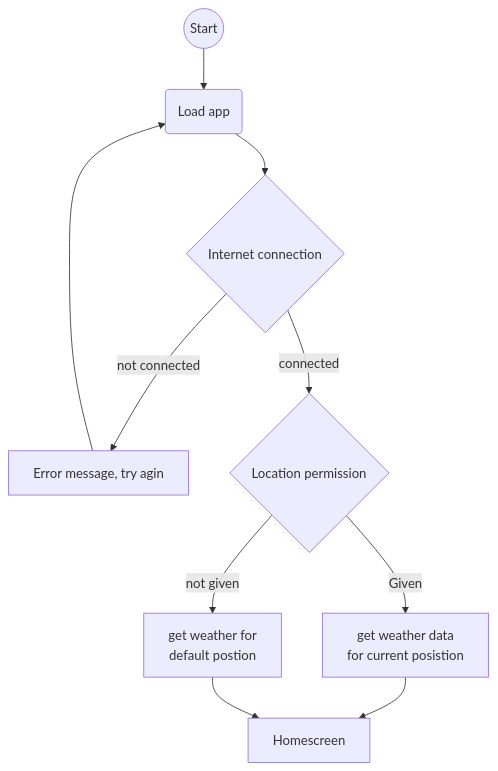
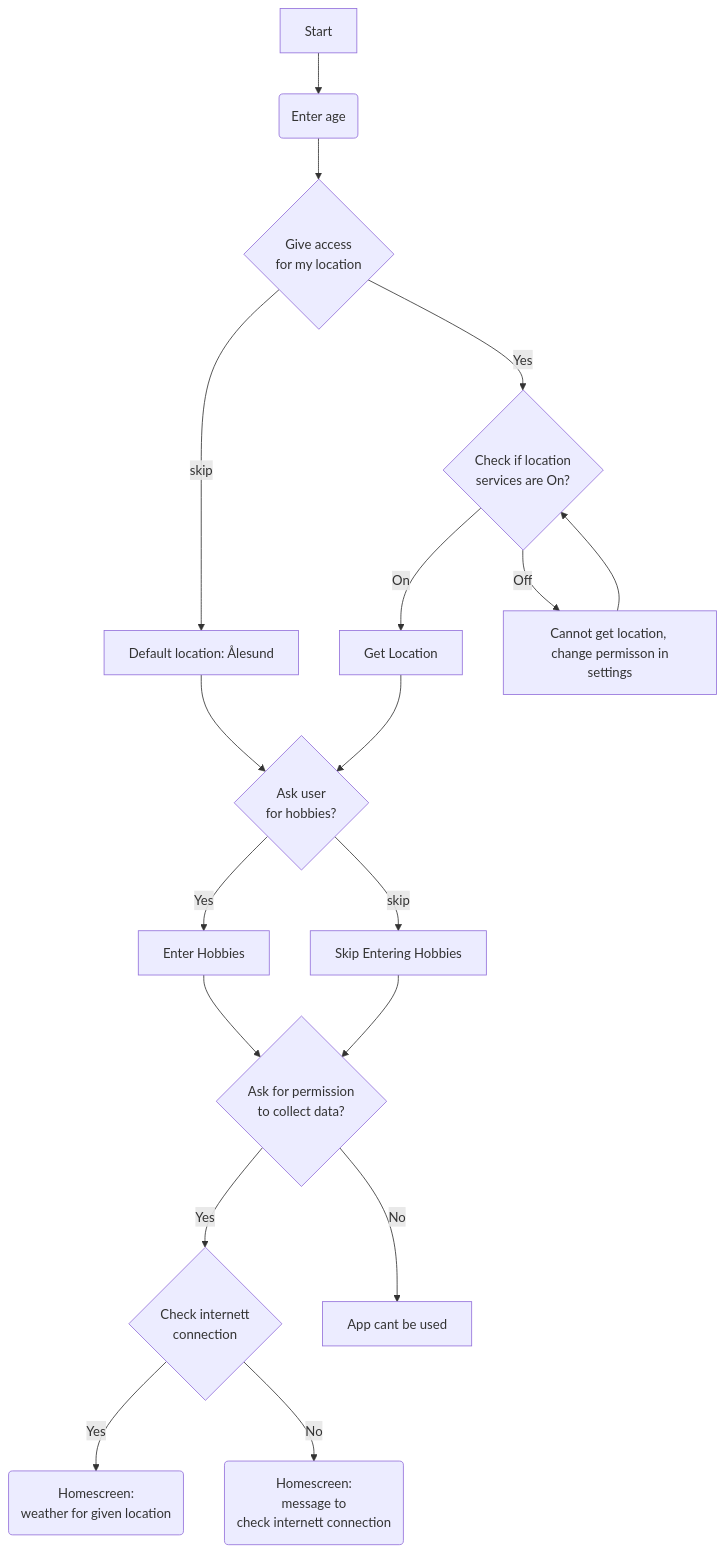
One commit to andreasklae/varsmart changed the diagram in Diagrams/OpenAppFlowChart.md. Above: the diagram before and after it, drawn with Mermaid.

Commit message:
Accurate flowchart for onboarding

````diff
--- a/Diagrams/OpenAppFlowChart.md
+++ b/Diagrams/OpenAppFlowChart.md
@@ -1,12 +1,21 @@
 ```mermaid
-   flowchart TD
-       Start((Start)) --> Open(Load app)
-        Open --> Internet{Internet connection}
-        Internet -->|not connected| Ask[Error message, try agin] --> Open
-        Internet -->|connected| Loc
-        Loc{Location permission}
-        Loc -->|not given| Def
-        Loc -->|Given| E[get weather data \n for current posistion] --> Home
-        Def[get weather for \n default postion] --> Home
-        Home[Homescreen]
+    flowchart TD
+    A[Start] --> B(Enter age)
+    B--> C{Give access \n for my location}
+    C-->|Yes| D{Check if location \n services are On?}
+    C -->|skip| E[Default location: Ålesund]
+    D -->|On| F[Get Location]
+    D -->|Off| G[Cannot get location, \n change permisson in settings]
+    
+    G -->D
+    E --> H{Ask user\n for hobbies?}
+    F --> H
+    H -->|Yes| I[Enter Hobbies]
+    H -->|skip| J[Skip Entering Hobbies]
+    I --> K{Ask for permission\n to collect data?}
+    J --> K
+    K -->|Yes| L{Check internett \n connection }
+    K -->|No| M[App cant be used]
+    L-->|Yes| N(Homescreen: \n weather for given location )
+    L-->|No| O(Homescreen: \n message to \n check internett connection )
 ```
````
